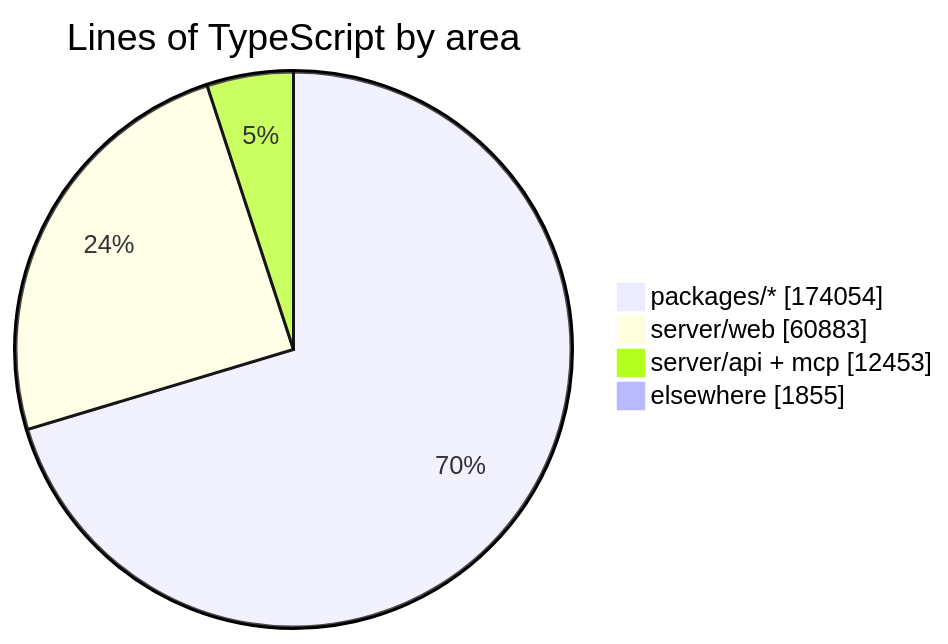
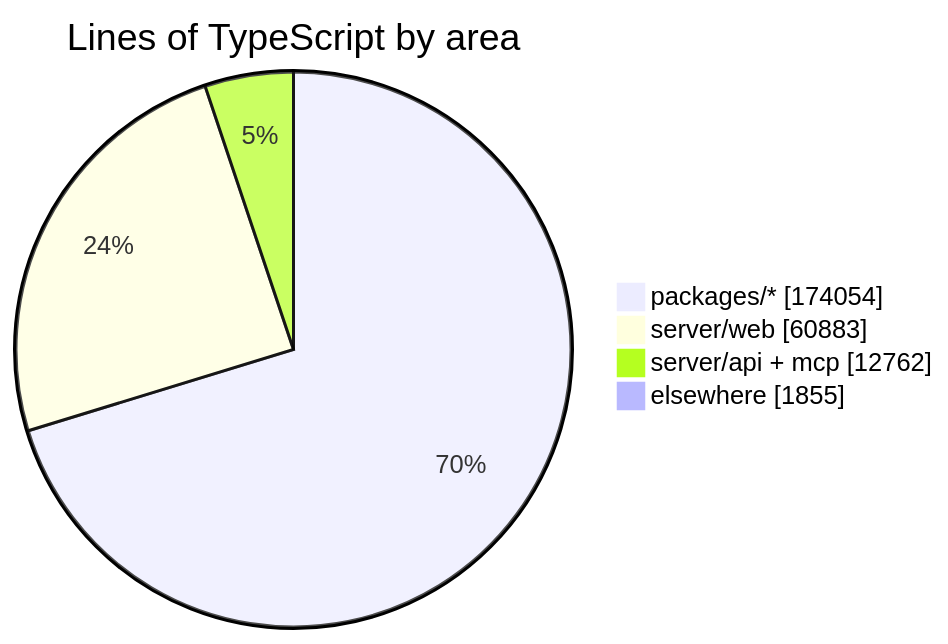
The diagram in README.md (crossworks-engineering/mantle), drawn with Mermaid before and after one commit. The commit also changed other lines of this file and 2 other files, not shown here.

````diff
--- a/README.md
+++ b/README.md
@@ -279,7 +279,7 @@
 ```mermaid
 pie showData title Lines of TypeScript by area
     "packages/*" : 174054
     "server/web" : 60883
-    "server/api + mcp" : 12453
+    "server/api + mcp" : 12762
     "elsewhere" : 1855
 ```
````
